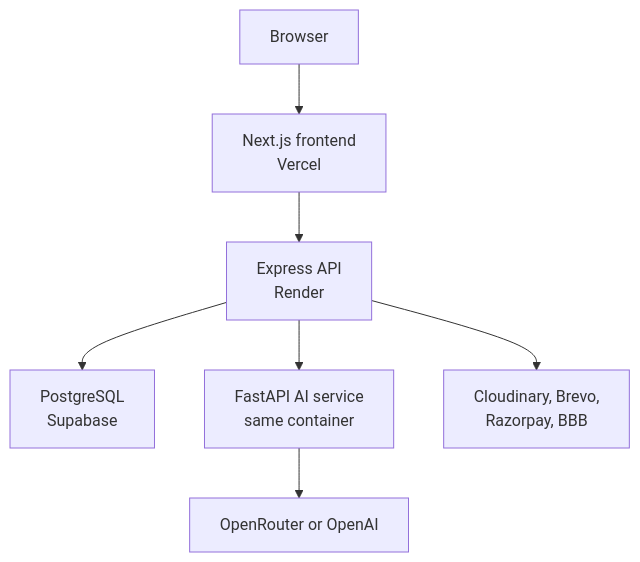
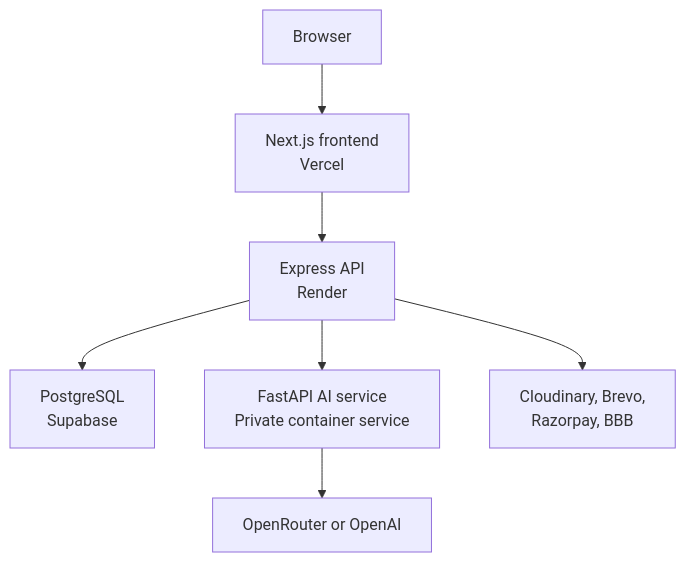
Before and after one commit to Aashish595/ERP: the diagram in README.md, drawn with Mermaid. The commit also changed other lines of this file, not shown here.

````diff
--- a/README.md
+++ b/README.md
@@ -65,9 +70,9 @@
 ```mermaid
 flowchart TB
     U["Browser"] --> F["Next.js frontend<br/>Vercel"]
     F --> E["Express API<br/>Render"]
     E --> D["PostgreSQL<br/>Supabase"]
-    E --> A["FastAPI AI service<br/>same container"]
+    E --> A["FastAPI AI service<br/>Private container service"]
     A --> P["OpenRouter or OpenAI"]
     E --> X["Cloudinary, Brevo,<br/>Razorpay, BBB"]
 ```
````
